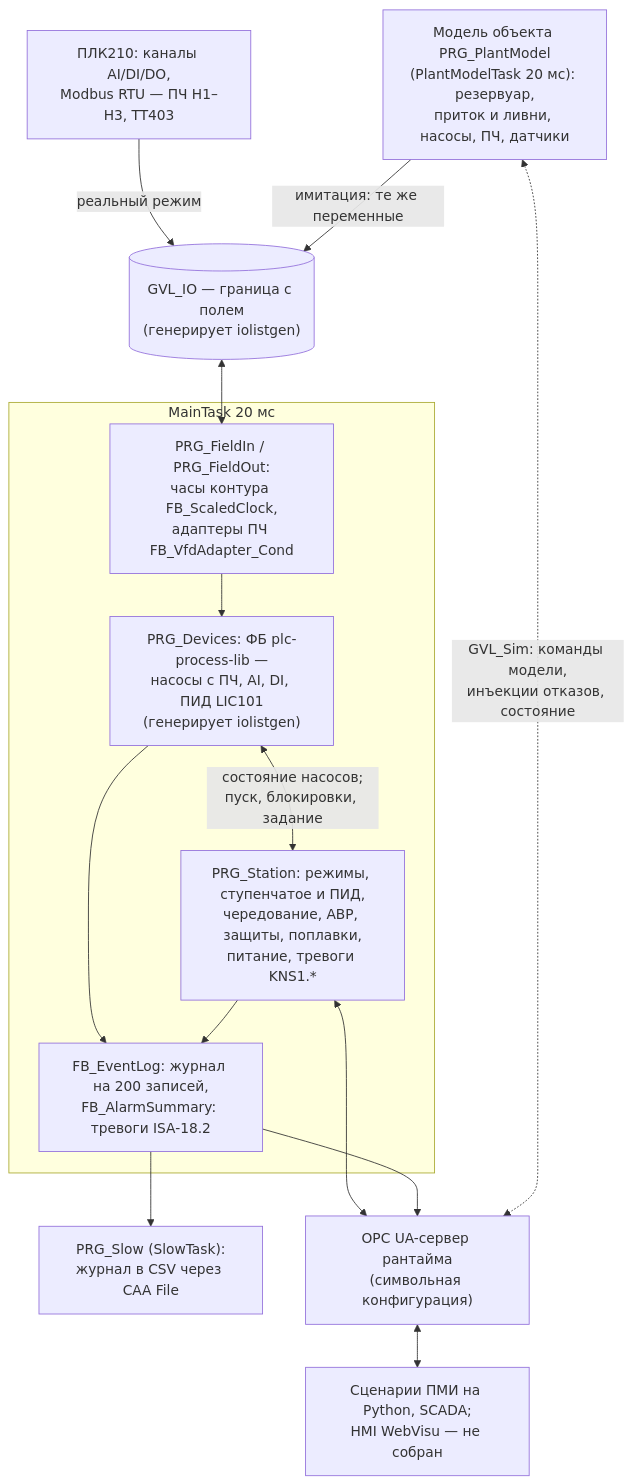
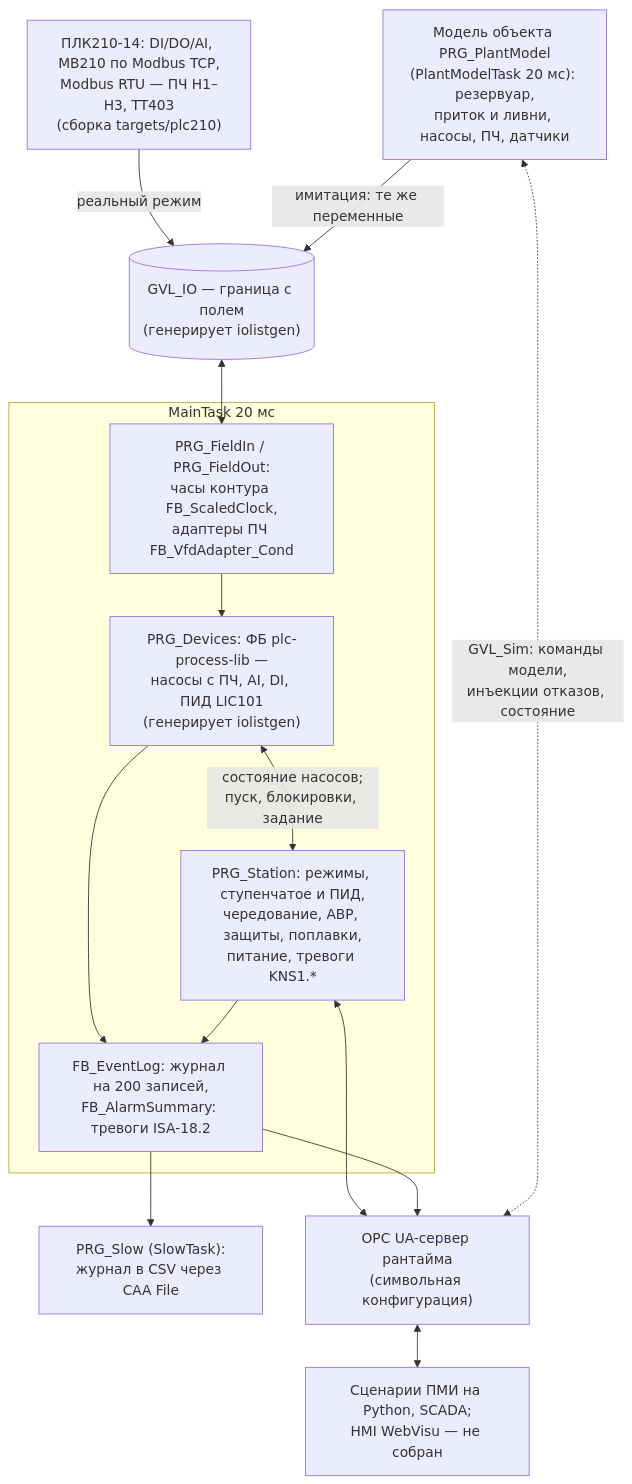
Before and after one commit to kr0nsch/kns-pump-station: the diagram in README.md, drawn with Mermaid. The commit also changed other lines of this file and 49 other files, not shown here.

First line of the commit message:
feat(plc210): сборка для ОВЕН ПЛК210-14 и REGUL R500 — дерево устройств из перечня сигналов

````diff
--- a/README.md
+++ b/README.md
@@ -390,27 +445,27 @@
 ```mermaid
 flowchart TB
-    field["ПЛК210: каналы AI/DI/DO,<br/>Modbus RTU — ПЧ Н1–Н3, TT403"]
+    field["ПЛК210-14: DI/DO/AI, МВ210 по Modbus TCP,<br/>Modbus RTU — ПЧ Н1–Н3, TT403<br/>(сборка targets/plc210)"]
     model["Модель объекта PRG_PlantModel<br/>(PlantModelTask 20 мс): резервуар,<br/>приток и ливни, насосы, ПЧ, датчики"]
     gio[("GVL_IO — граница с полем<br/>(генерирует iolistgen)")]
     field -->|"реальный режим"| gio
     model -->|"имитация: те же переменные"| gio
     subgraph main["MainTask 20 мс"]
         fin["PRG_FieldIn / PRG_FieldOut:<br/>часы контура FB_ScaledClock,<br/>адаптеры ПЧ FB_VfdAdapter_Cond"]
         dev["PRG_Devices: ФБ plc-process-lib —<br/>насосы с ПЧ, AI, DI, ПИД LIC101<br/>(генерирует iolistgen)"]
         st["PRG_Station: режимы, ступенчатое и ПИД,<br/>чередование, АВР, защиты, поплавки,<br/>питание, тревоги KNS1.*"]
         log["FB_EventLog: журнал на 200 записей,<br/>FB_AlarmSummary: тревоги ISA-18.2"]
         fin --> dev
         dev <-->|"состояние насосов;<br/>пуск, блокировки, задание"| st
         dev --> log
         st --> log
     end
     gio <--> fin
     slow["PRG_Slow (SlowTask):<br/>журнал в CSV через CAA File"]
     opc["OPC UA-сервер рантайма<br/>(символьная конфигурация)"]
     ext["Сценарии ПМИ на Python, SCADA;<br/>HMI WebVisu — не собран"]
     log --> slow
     st <--> opc
     log --> opc
     opc <--> ext
     model <-.->|"GVL_Sim: команды модели,<br/>инъекции отказов, состояние"| opc
 ```
````
